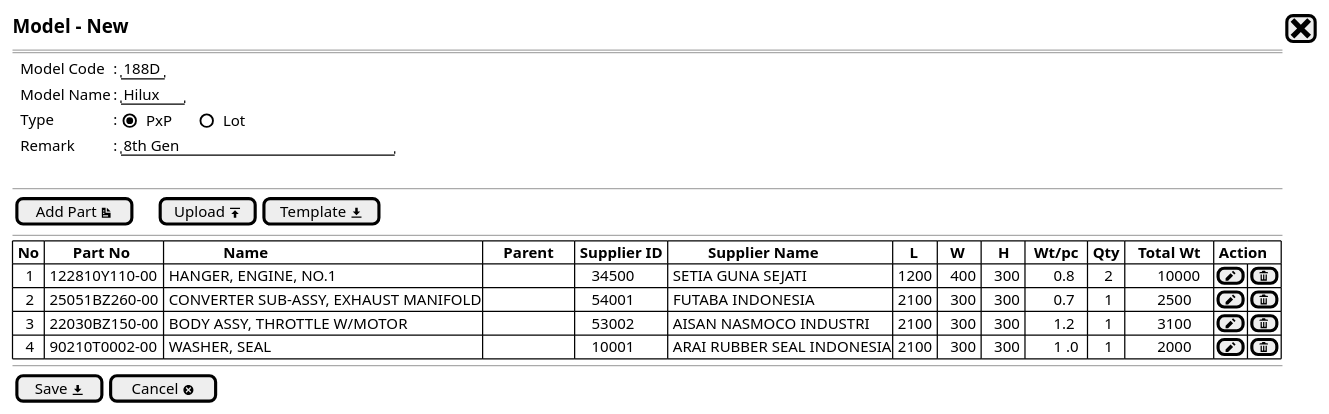
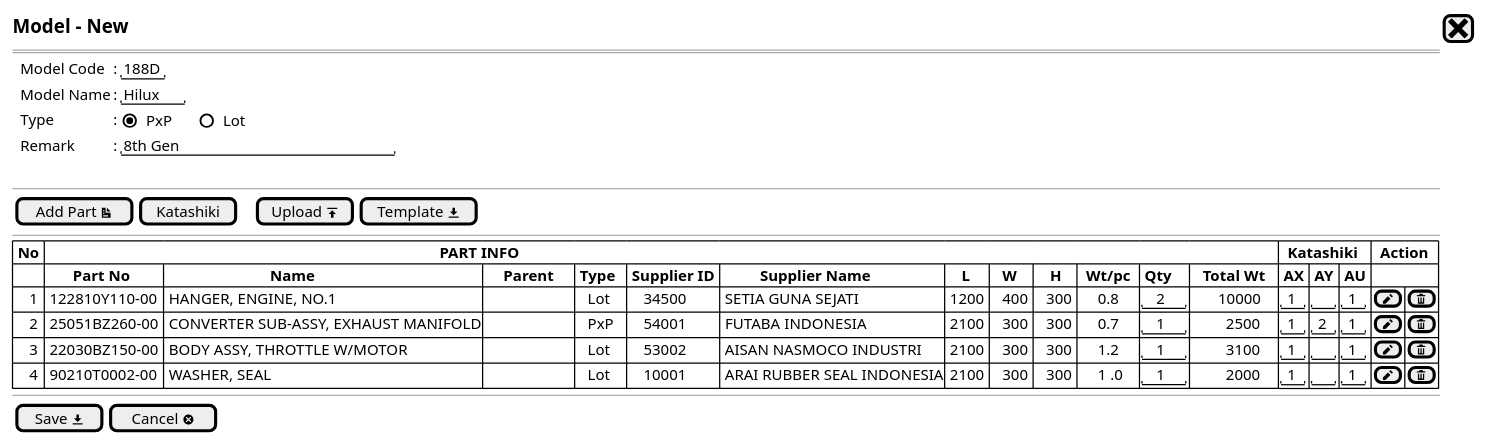
The diagram in Model/model - newstep1b.puml (ari-fikri/packing-cost-mockup), drawn with PlantUML before and after one commit. The commit also changed 5 other files, not shown here.

Commit message:
- Change Model structure - Remove some fields - Add type lot/pxp into part

```diff
--- a/Model/model - newstep1b.puml
+++ b/Model/model - newstep1b.puml
@@ -1,34 +1,32 @@
 @startsalt
 {
   <size:15><b>Model - New |[<size:25><&x>]|*
   ==
   
   {   
     .|Model Code |: |"188D" |*
     .|Model Name |: |"Hilux " |*
     .|Type       |: { (X)PxP      |   ()Lot  }*        
     .|Remark     |: |"8th Gen                    "|*
   }
   .
---
+  --
   {
-    [Add Part <&document>]|.|.|.|[Upload <&data-transfer-upload>]| [Template <&data-transfer-download>]|
+    [Add Part <&document>]|[Katashiki]|.|.|[Upload <&data-transfer-upload>]| [Template <&data-transfer-download>]|
   }
   --
   {#
-    | <b>No |       <b>Part No       |               <b>Name               |     <b>Parent     | <b>Supplier ID |          <b>Supplier Name          |    <b>L  |   <b>W   |    <b>H   |  <b>Wt/pc  | <b>Qty |<b>   Total Wt   | <b>Action |*|*
-    |   1    | 122810Y110-00         | HANGER, ENGINE, NO.1                |.                  |    34500       | SETIA GUNA SEJATI                  |  1200    |   400    |   300     |       0.8  |     2  |         10000   |[<&pencil>]|[<&trash>]|*
-    |   2    | 25051BZ260-00 	       | CONVERTER SUB-ASSY, EXHAUST MANIFOLD|.                  |    54001    	  | FUTABA INDONESIA                   |  2100    |   300    |   300     |       0.7  |     1  |         2500    |[<&pencil>]|[<&trash>]|*
-    |   3    | 22030BZ150-00 	       | BODY ASSY, THROTTLE W/MOTOR	       |.                  |    53002       | AISAN NASMOCO INDUSTRI             |  2100    |   300    |   300     |       1.2  |     1  |         3100    |[<&pencil>]|[<&trash>]|*
-    |   4    | 90210T0002-00 	       | WASHER, SEAL	                       |.                  |    10001       | ARAI RUBBER SEAL INDONESIA         |  2100    |   300    |   300     |       1 .0 |     1  |         2000    |[<&pencil>]|[<&trash>]|* 
-    
-
-
+    | <b>No |                                                                                                     <b>PART INFO                                                                                                                                  |*|*|*|*|*|*|*|*|*|*|*|<b>  Katashiki  |*|*     |  <b>Action  |*|*
+    |.     |       <b>Part No       |                           <b>Name                           |     <b>Parent     | <b>Type | <b>Supplier ID |          <b>Supplier Name          |    <b>L  |   <b>W   |    <b>H   |  <b>Wt/pc  | <b>Qty |<b>   Total Wt                         | <b>AX | <b>AY | <b>AU |.|*|*
+    |    1 | 122810Y110-00          | HANGER, ENGINE, NO.1                                        |.                  |   Lot   |    34500       | SETIA GUNA SEJATI                  |  1200    |   400    |   300     |     0.8    | "   2" |        10000                          |" 1"   |"  "   |" 1"     |[<&pencil>]|[<&trash>]|*
+    |    2 | 25051BZ260-00 	        | CONVERTER SUB-ASSY, EXHAUST MANIFOLD                        |.                  |   PxP   |    54001    	 | FUTABA INDONESIA                   |  2100    |   300    |   300     |     0.7    | "   1" |          2500                         |" 1"   |" 2"   |" 1"     |[<&pencil>]|[<&trash>]|*
+    |    3 | 22030BZ150-00 	        | BODY ASSY, THROTTLE W/MOTOR	                                |.                  |   Lot   |    53002       | AISAN NASMOCO INDUSTRI             |  2100    |   300    |   300     |     1.2    | "   1" |          3100                         |" 1"   |"  "   |" 1"     |[<&pencil>]|[<&trash>]|*
+    |    4 | 90210T0002-00 	        | WASHER, SEAL	                                              |.                  |   Lot   |    10001       | ARAI RUBBER SEAL INDONESIA         |  2100    |   300    |   300     |     1 .0   | "   1" |          2000                         |" 1"   |"  "   |" 1"     |[<&pencil>]|[<&trash>]|*     
   }
   --
   {
   [ Save <&data-transfer-download>] |  [Cancel <&circle-x> ]|*
   }
 }
 
   @endsalt
```
